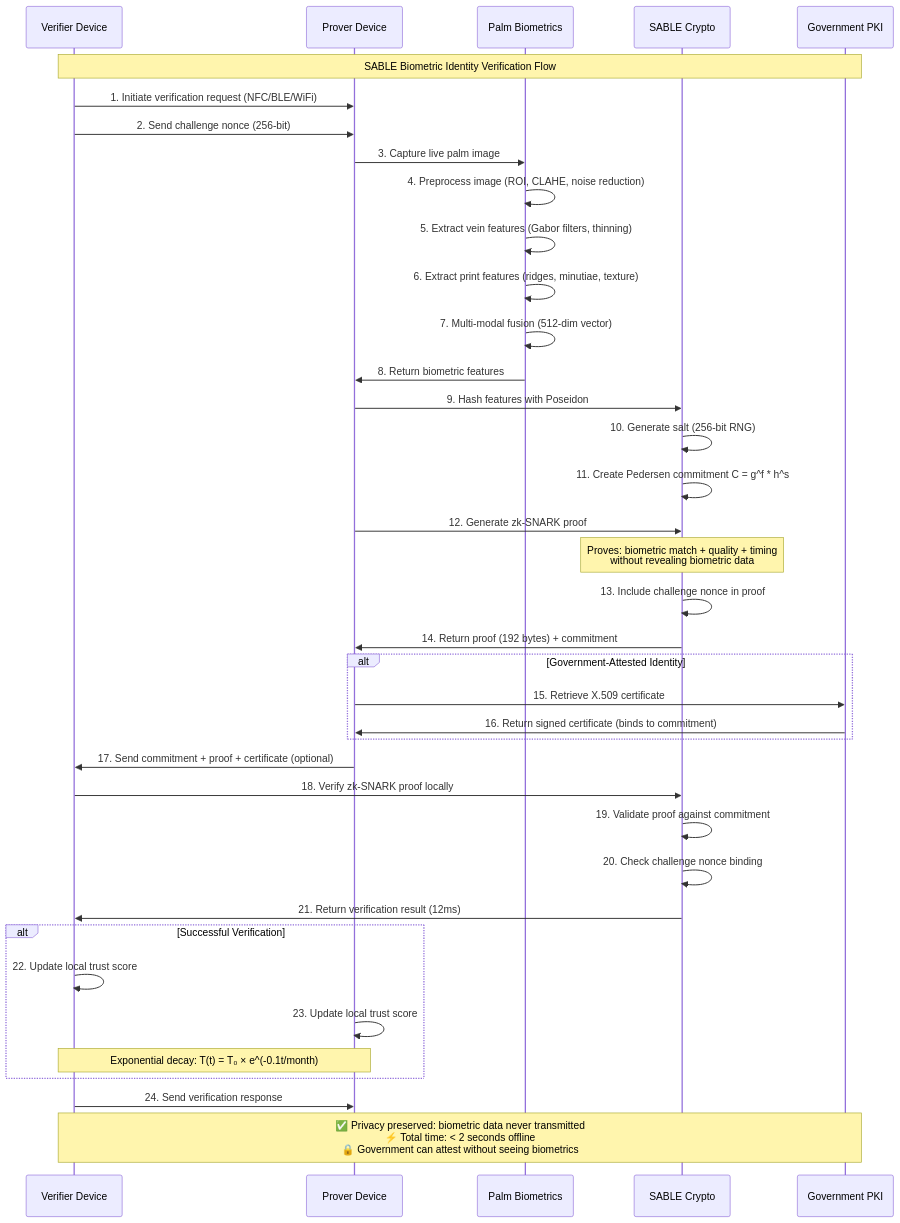
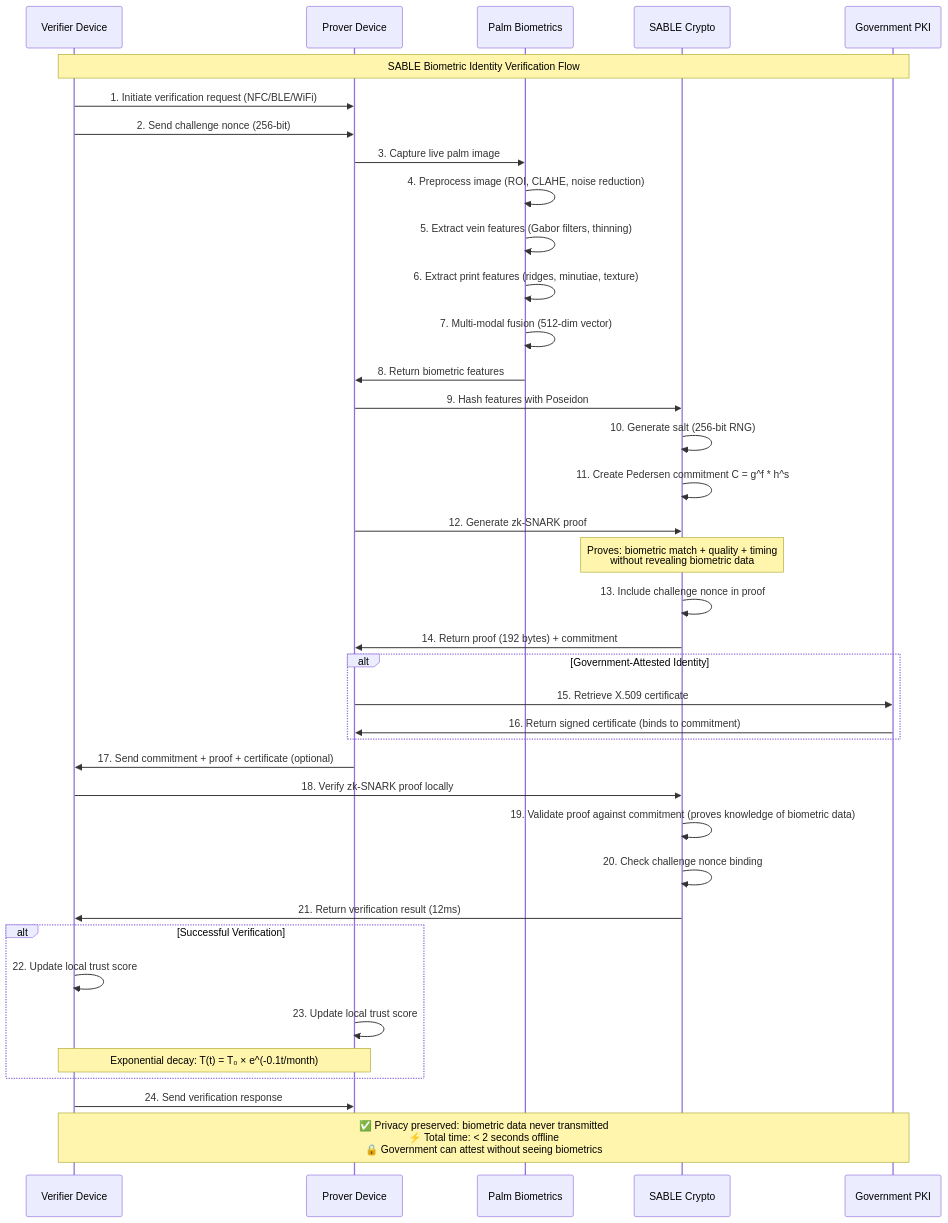
The diagram in README.md (anuna-research/sable), drawn with Mermaid before and after one commit. The commit also changed other lines of this file and 1 other file, not shown here.

````diff
--- a/README.md
+++ b/README.md
@@ -107,58 +107,58 @@
 ```mermaid
 sequenceDiagram
     participant V as Verifier Device
     participant P as Prover Device
     participant PB as Palm Biometrics
     participant SC as SABLE Crypto
     participant PKI as Government PKI
 
     Note over V,PKI: SABLE Biometric Identity Verification Flow
 
     %% Challenge initiation
     V->>P: 1. Initiate verification request (NFC/BLE/WiFi)
     V->>P: 2. Send challenge nonce (256-bit)
     
     %% Biometric capture and processing
     P->>PB: 3. Capture live palm image
     PB->>PB: 4. Preprocess image (ROI, CLAHE, noise reduction)
     PB->>PB: 5. Extract vein features (Gabor filters, thinning)
     PB->>PB: 6. Extract print features (ridges, minutiae, texture)
     PB->>PB: 7. Multi-modal fusion (512-dim vector)
     PB->>P: 8. Return biometric features
     
     %% Cryptographic processing  
     P->>SC: 9. Hash features with Poseidon
     SC->>SC: 10. Generate salt (256-bit RNG)
     SC->>SC: 11. Create Pedersen commitment C = g^f * h^s
     
     %% Zero-knowledge proof generation
     P->>SC: 12. Generate zk-SNARK proof
     Note over SC: Proves: biometric match + quality + timing<br/>without revealing biometric data
     SC->>SC: 13. Include challenge nonce in proof
     SC->>P: 14. Return proof (192 bytes) + commitment
     
     %% Optional government attestation
     alt Government-Attested Identity
         P->>PKI: 15. Retrieve X.509 certificate
         PKI->>P: 16. Return signed certificate (binds to commitment)
     end
     
     %% Peer-to-peer verification
     P->>V: 17. Send commitment + proof + certificate (optional)
     V->>SC: 18. Verify zk-SNARK proof locally
-    SC->>SC: 19. Validate proof against commitment
+    SC->>SC: 19. Validate proof against commitment (proves knowledge of biometric data)
     SC->>SC: 20. Check challenge nonce binding
     SC->>V: 21. Return verification result (12ms)
     
     %% Trust network update
     alt Successful Verification
         V->>V: 22. Update local trust score
         P->>P: 23. Update local trust score
         Note over V,P: Exponential decay: T(t) = T₀ × e^(-0.1t/month)
     end
     
     %% Response
     V->>P: 24. Send verification response
     
     Note over V,PKI: ✅ Privacy preserved: biometric data never transmitted<br/>⚡ Total time: < 2 seconds offline<br/>🔒 Government can attest without seeing biometrics
 ```
````
